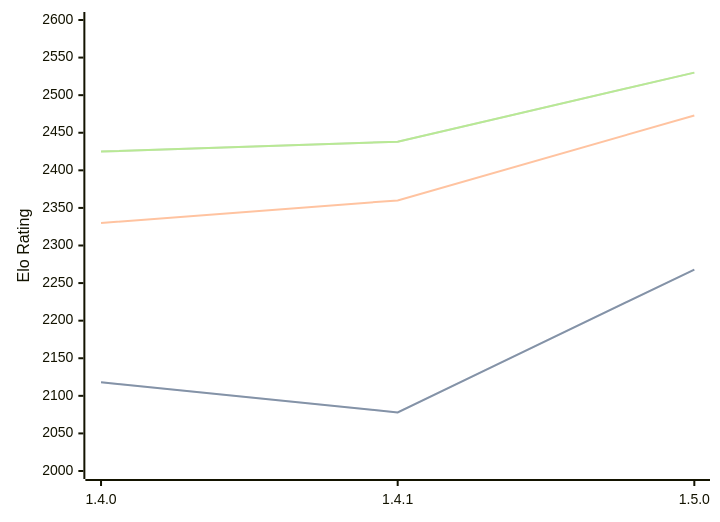
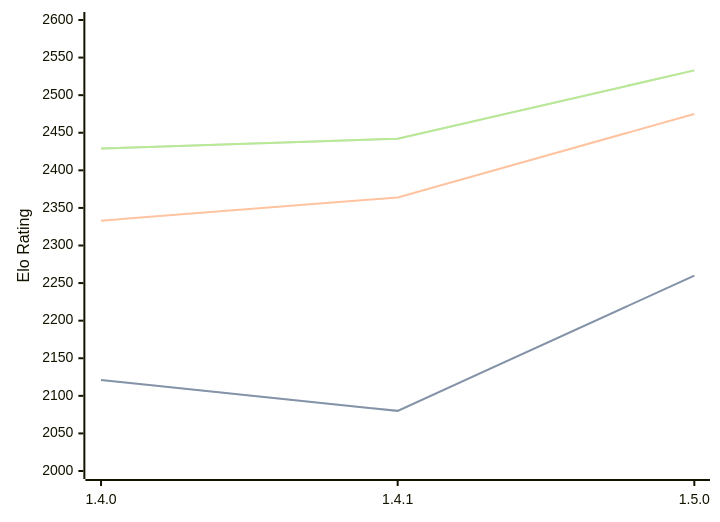
The diagram in engines/Tofiks.md (computer-chess-index/cci), drawn with Mermaid before and after one commit. The commit also changed other lines of this file, not shown here.

Commit message:
Update CCI Ratings (ELO VLTC) - 2026-04-30

````diff
--- a/engines/Tofiks.md
+++ b/engines/Tofiks.md
@@ -37,11 +37,11 @@
 ```mermaid
 %%{init: {"theme":"base","themeVariables":{"seriesColors:['#a3a3a3','#222221','#faa371']}}}%%
 xychart-beta
   x-axis ["1.4.0", "1.4.1", "1.5.0"]
   y-axis "Elo Rating" 2000 --> 2600
-  line "STC (8.0+0.08s)" [2118, 2078, 2268]
-  line "STC (8.0+0.08s)" [2118, 2078, 2268]
-  line "LTC (60.0+0.60s)" [2330, 2360, 2473]
-  line "VLTC (2m24s+1.12s)" [2425, 2438, 2530]
-  line "VLTC (2m24s+1.12s)" [2425, 2438, 2530]
+  line "STC (8.0+0.08s)" [2121, 2080, 2260]
+  line "STC (8.0+0.08s)" [2121, 2080, 2260]
+  line "LTC (60.0+0.60s)" [2333, 2364, 2475]
+  line "VLTC (2m24s+1.12s)" [2429, 2442, 2533]
+  line "VLTC (2m24s+1.12s)" [2429, 2442, 2533]
 ```
````
